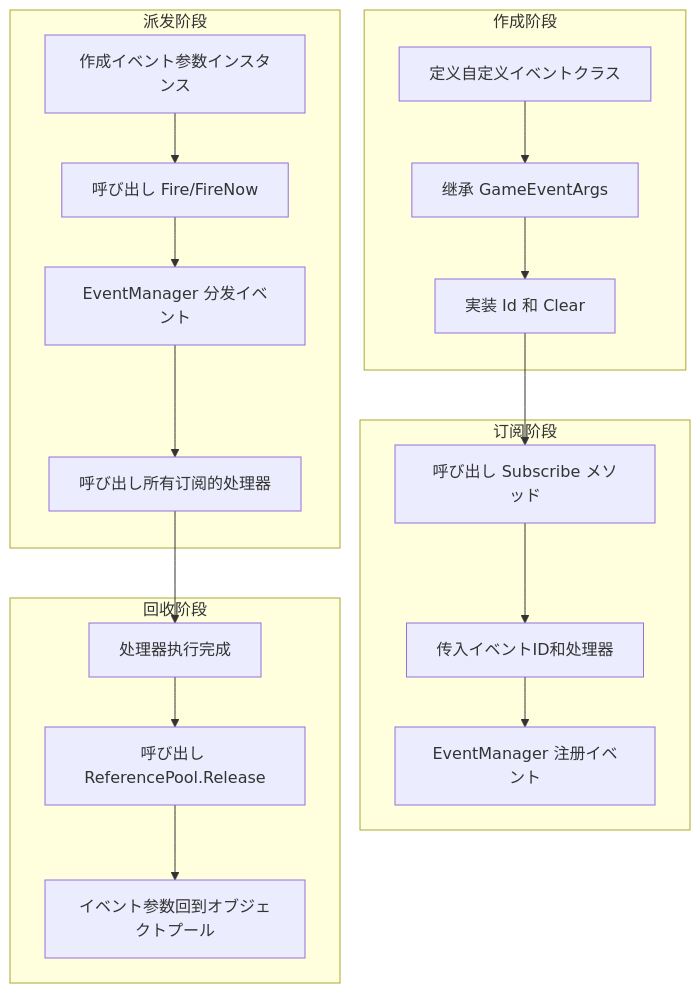
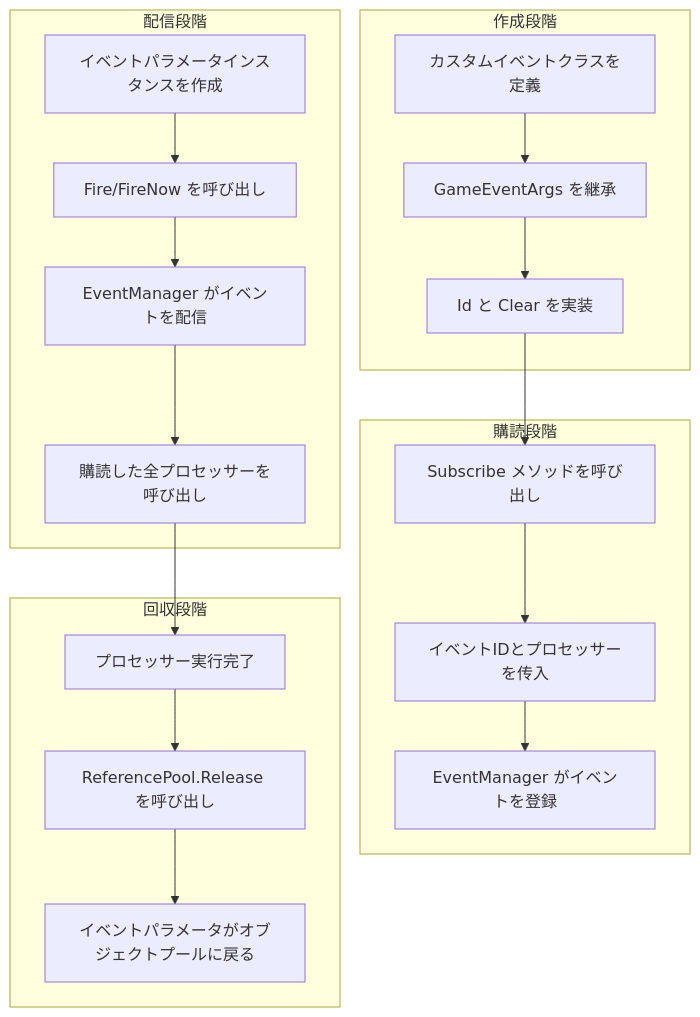
One commit to AlianBlank/GameFrameX.Docs changed the second of 2 diagrams in docs/ja/client/unity/component/event/07.game-event-args.md. Above: the diagram before and after it, drawn with Mermaid. The commit also changed other lines of this file and 320 other files, not shown here.

````diff
--- a/docs/ja/client/unity/component/event/07.game-event-args.md
+++ b/docs/ja/client/unity/component/event/07.game-event-args.md
@@ -118,26 +118,26 @@
 ```mermaid
 flowchart TD
-    subgraph 作成阶段
-        A[定义自定义イベントクラス] --> B[继承 GameEventArgs]
-        B --> C[実装 Id 和 Clear]
+    subgraph 作成段階
+        A[カスタムイベントクラスを定義] --> B[GameEventArgs を継承]
+        B --> C[Id と Clear を実装]
     end
-    
-    subgraph 订阅阶段
-        D[呼び出し Subscribe メソッド] --> E[传入イベントID和处理器]
-        E --> F[EventManager 注册イベント]
+
+    subgraph 購読段階
+        D[Subscribe メソッドを呼び出し] --> E[イベントIDとプロセッサーを传入]
+        E --> F[EventManager がイベントを登録]
     end
-    
-    subgraph 派发阶段
-        G[作成イベント参数インスタンス] --> H[呼び出し Fire/FireNow]
-        H --> I[EventManager 分发イベント]
-        I --> J[呼び出し所有订阅的处理器]
+
+    subgraph 配信段階
+        G[イベントパラメータインスタンスを作成] --> H[Fire/FireNow を呼び出し]
+        H --> I[EventManager がイベントを配信]
+        I --> J[購読した全プロセッサーを呼び出し]
     end
-    
-    subgraph 回收阶段
-        K[处理器执行完成] --> L[呼び出し ReferencePool.Release]
-        L --> M[イベント参数回到オブジェクトプール]
+
+    subgraph 回収段階
+        K[プロセッサー実行完了] --> L[ReferencePool.Release を呼び出し]
+        L --> M[イベントパラメータがオブジェクトプールに戻る]
     end
-    
+
     C --> D
     J --> K
 ```
````
